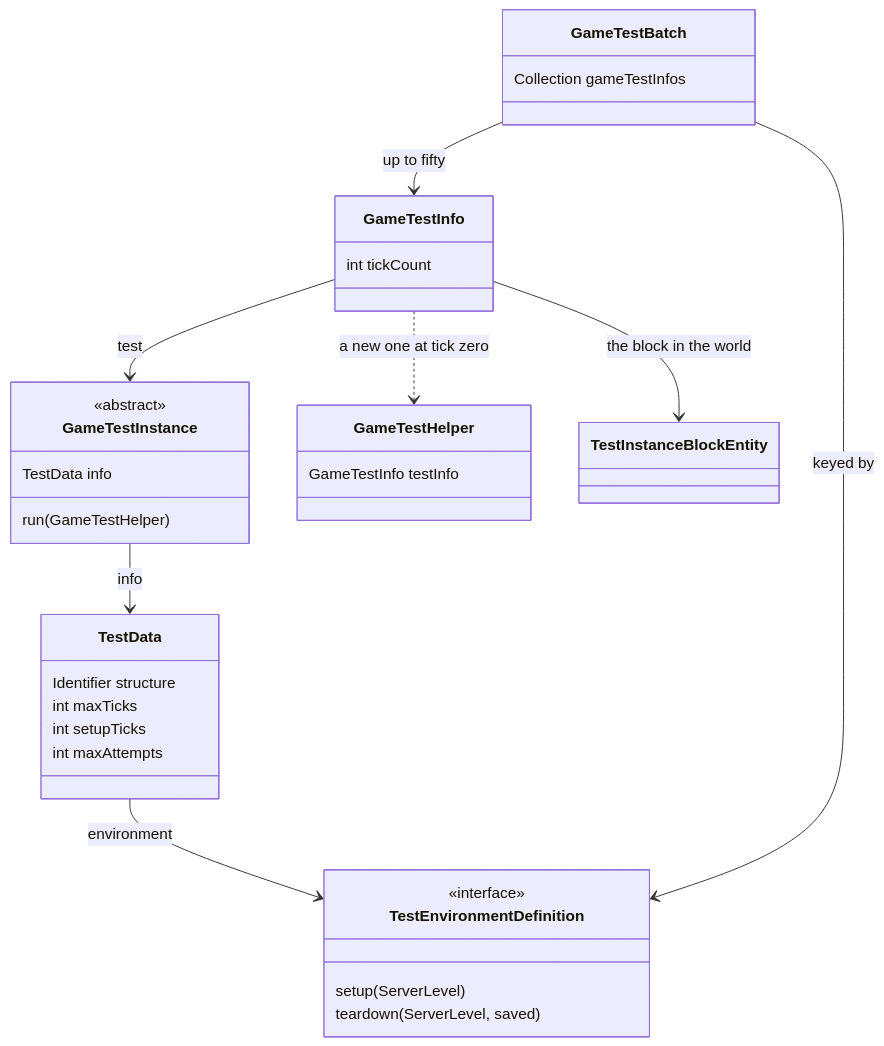
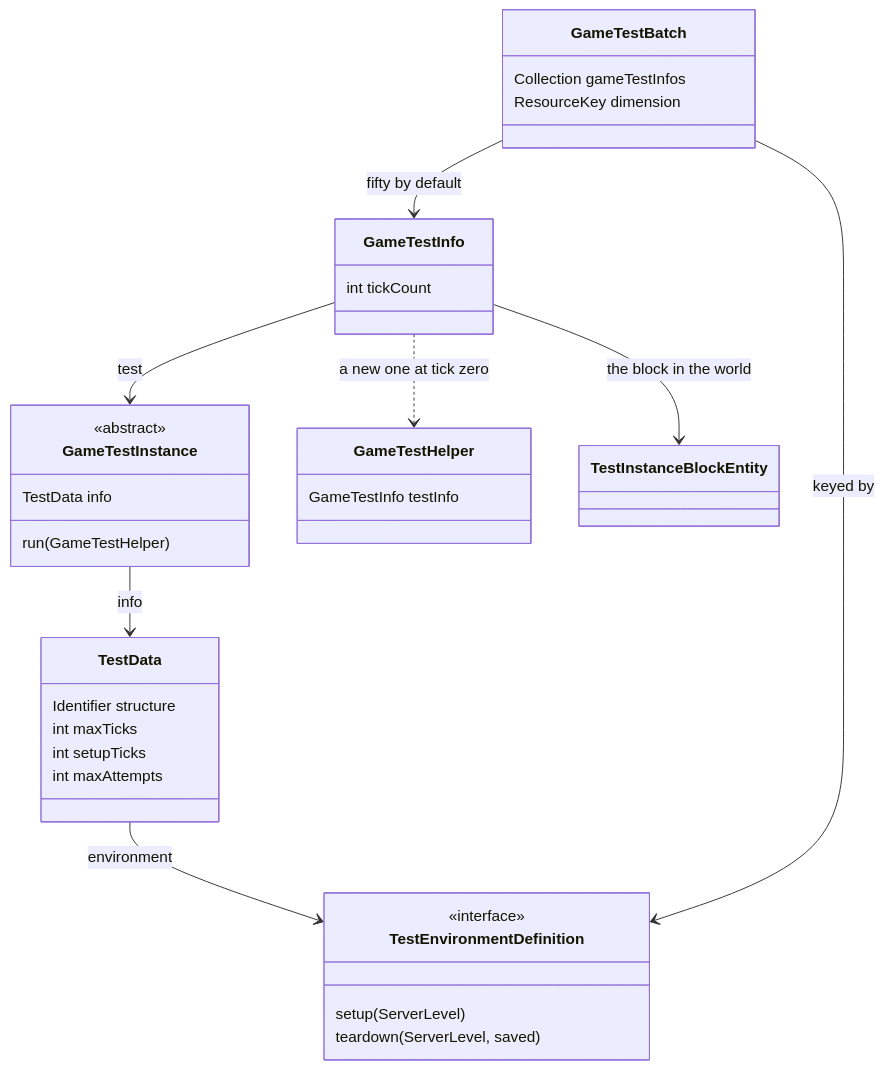
One commit to AlexanderjFraser/MinecraftDocs changed the first of 2 diagrams in src/systems/commands/game-tests.md. Above: the diagram before and after it, drawn with Mermaid. The commit also changed other lines of this file and 19 other files, not shown here.

````diff
--- a/src/systems/commands/game-tests.md
+++ b/src/systems/commands/game-tests.md
@@ -51,37 +45,38 @@
 ```mermaid
 classDiagram
     class GameTestInstance {
         <<abstract>>
         TestData info
         run(GameTestHelper)
     }
     class TestData {
         Identifier structure
         int maxTicks
         int setupTicks
         int maxAttempts
     }
     class TestEnvironmentDefinition {
         <<interface>>
         setup(ServerLevel)
         teardown(ServerLevel, saved)
     }
-    class GameTestBatch {
+        class GameTestBatch {
         Collection gameTestInfos
+        ResourceKey dimension
     }
     class GameTestInfo {
         int tickCount
     }
     class GameTestHelper {
         GameTestInfo testInfo
     }
     class TestInstanceBlockEntity
 
     GameTestInstance --> TestData : info
     TestData --> TestEnvironmentDefinition : environment
     GameTestBatch --> TestEnvironmentDefinition : keyed by
-    GameTestBatch --> GameTestInfo : up to fifty
+    GameTestBatch --> GameTestInfo : fifty by default
     GameTestInfo --> GameTestInstance : test
     GameTestInfo --> TestInstanceBlockEntity : the block in the world
     GameTestInfo ..> GameTestHelper : a new one at tick zero
 ```
````
